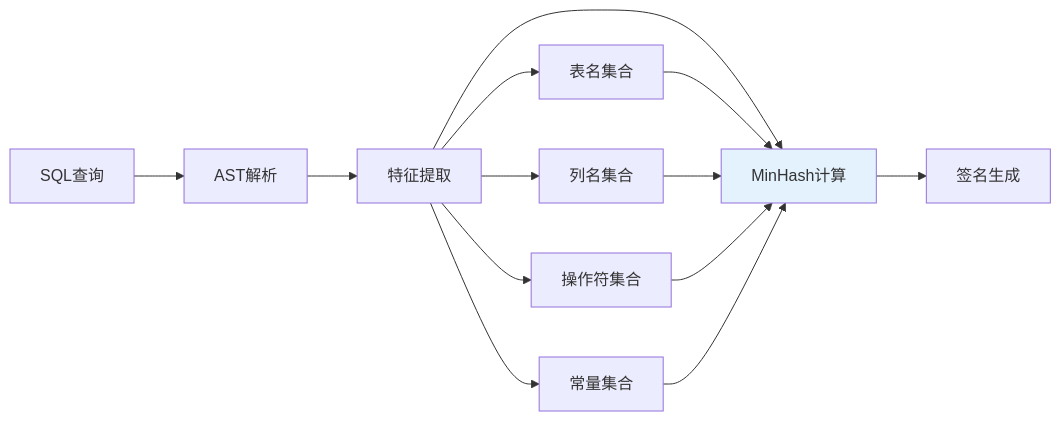
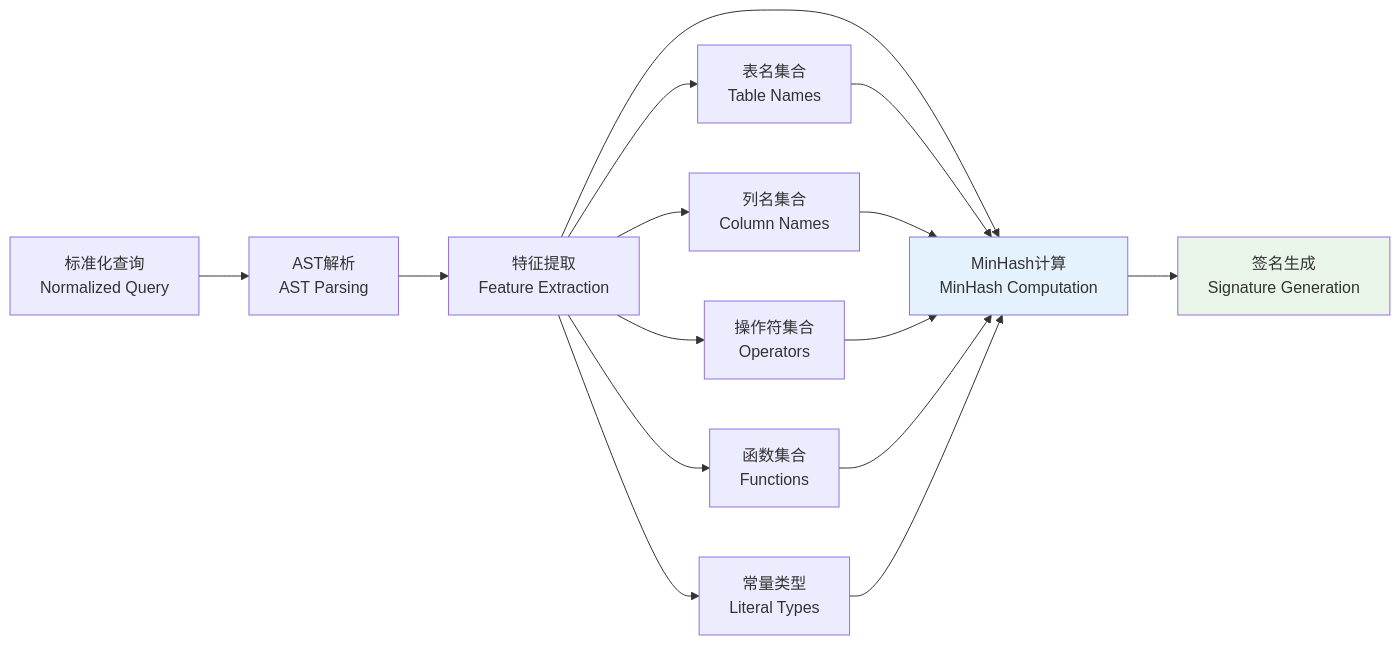
Before and after one commit to crazypenguincode/duckdb: the fourth of 13 diagrams in md/第三章-动态缓存管理.md, drawn with Mermaid. The commit also changed other lines of this file and 361 other files, not shown here.

````diff
--- a/md/第三章-动态缓存管理.md
+++ b/md/第三章-动态缓存管理.md
@@ -397,19 +606,22 @@
 ```mermaid
 graph LR
-    A[SQL查询] --> B[AST解析]
-    B --> C[特征提取]
-    C --> D[MinHash计算]
-    D --> E[签名生成]
+    A[标准化查询<br/>Normalized Query] --> B[AST解析<br/>AST Parsing]
+    B --> C[特征提取<br/>Feature Extraction]
+    C --> D[MinHash计算<br/>MinHash Computation]
+    D --> E[签名生成<br/>Signature Generation]
     
-    C --> C1[表名集合]
-    C --> C2[列名集合]
-    C --> C3[操作符集合]
-    C --> C4[常量集合]
+    C --> C1[表名集合<br/>Table Names]
+    C --> C2[列名集合<br/>Column Names]
+    C --> C3[操作符集合<br/>Operators]
+    C --> C4[函数集合<br/>Functions]
+    C --> C5[常量类型<br/>Literal Types]
     
     C1 --> D
     C2 --> D
     C3 --> D
     C4 --> D
+    C5 --> D
     
     style D fill:#e3f2fd
+    style E fill:#e8f5e8
 ```
````
